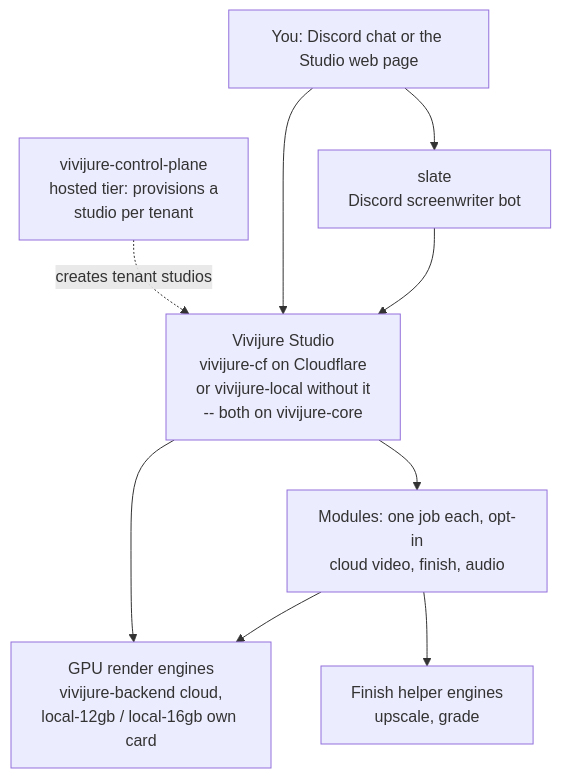
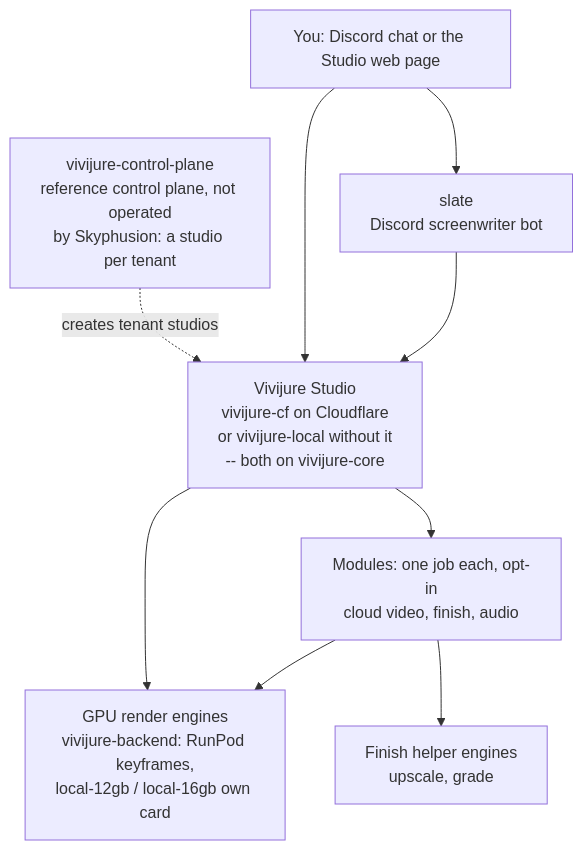
The first of 2 diagrams in README.md (skyphusion-labs/vivijure), drawn with Mermaid before and after one commit. The commit also changed other lines of this file and 3 other files, not shown here.

````diff
--- a/README.md
+++ b/README.md
@@ -37,19 +37,19 @@
 ```mermaid
 flowchart TD
     you[You: Discord chat or the Studio web page]
     slate[slate<br/>Discord screenwriter bot]
     studio[Vivijure Studio<br/>vivijure-cf on Cloudflare<br/>or vivijure-local without it<br/>-- both on vivijure-core]
     modules[Modules: one job each, opt-in<br/>cloud video, finish, audio]
-    gpu[GPU render engines<br/>vivijure-backend cloud,<br/>local-12gb / local-16gb own card]
+    gpu[GPU render engines<br/>vivijure-backend: RunPod keyframes,<br/>local-12gb / local-16gb own card]
     finish[Finish helper engines<br/>upscale, grade]
 
-    hosted[vivijure-control-plane<br/>hosted tier: provisions a<br/>studio per tenant]
+    hosted[vivijure-control-plane<br/>reference control plane, not operated<br/>by Skyphusion: a studio per tenant]
 
     you --> slate --> studio
     you --> studio
     hosted -. creates tenant studios .-> studio
     studio --> modules
     modules --> gpu
     modules --> finish
     studio --> gpu
 ```
````
